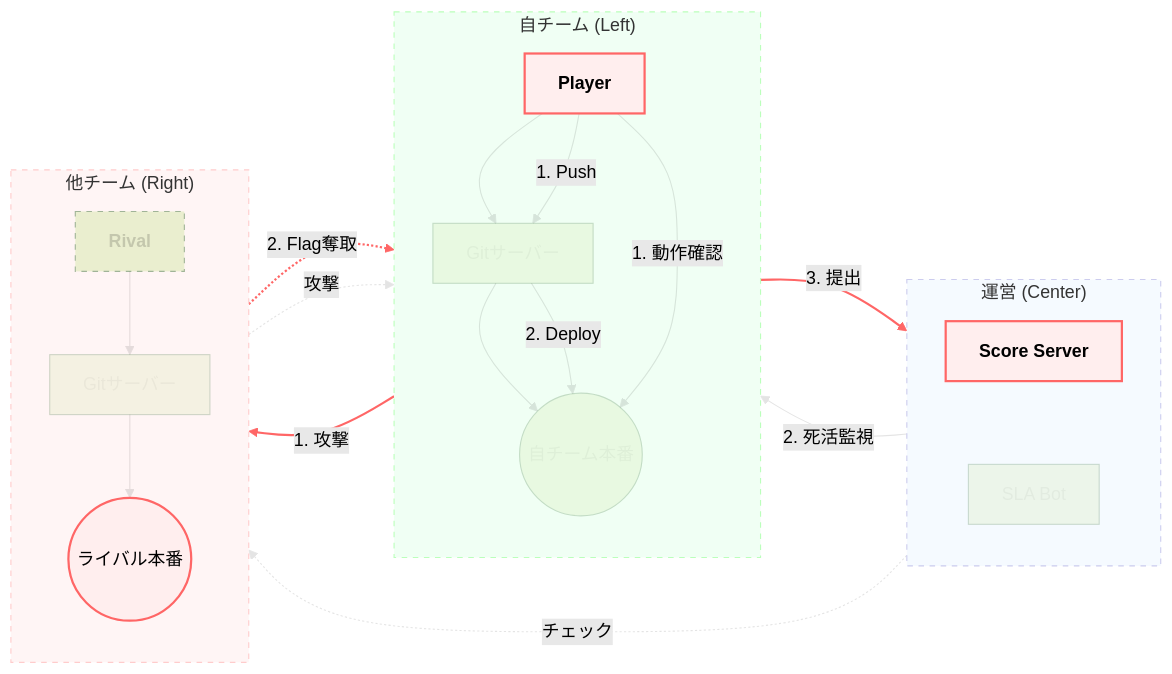
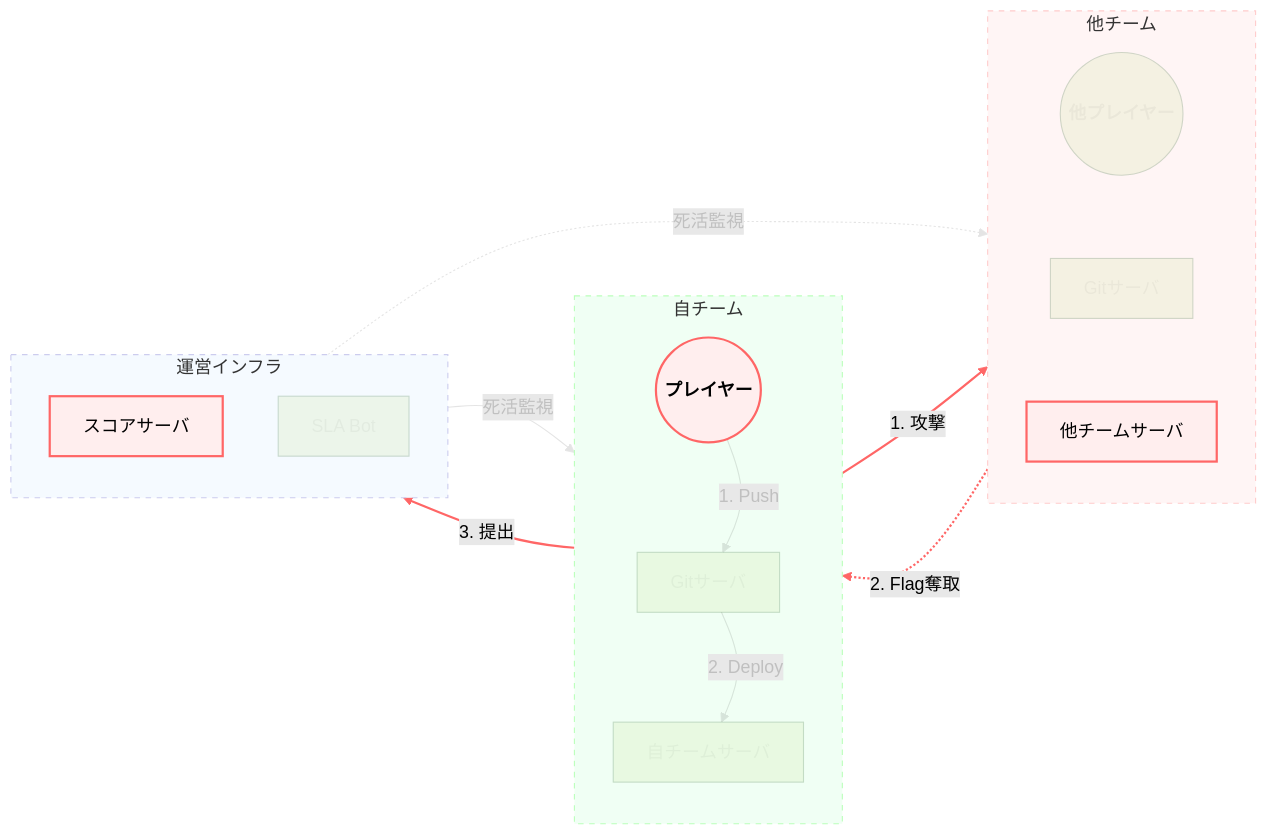
The second of 4 diagrams in slides.md (tyage/minicamp-osaka2026-ad), drawn with Mermaid (forest theme) before and after one commit. The commit also changed other lines of this file, not shown here.

````diff
--- a/slides.md
+++ b/slides.md
@@ -270,65 +286,59 @@
 ```mermaid
 graph LR
     %% Corrected Three Towers Layout
 
-    subgraph MyTeam ["自チーム (Left)"]
+    subgraph RivalTeam ["他チーム"]
         direction TB
-        Player[<b>Player</b>]
-        Git[Gitサーバー]
-        Prod((自チーム本番))
-        Player --> Git --> Prod
+        Rival((<b>他プレイヤー</b>))
+        RivalGit[Gitサーバ]
+        RivalServer[他チームサーバ]
+        Rival ~~~ RivalGit ~~~ RivalServer
     end
 
-    subgraph Ops ["運営 (Center)"]
+    subgraph MyTeam ["自チーム"]
         direction TB
-        Score[<b>Score Server</b>]
-        Bot[SLA Bot]
-        Score ~~~ Bot
+        Player((<b>プレイヤー</b>))
+        Git[Gitサーバ]
+        Server[自チームサーバ]
+        Player ~~~ Git ~~~ Server
     end
 
-    subgraph RivalTeam ["他チーム (Right)"]
+    subgraph Ops ["運営インフラ"]
         direction TB
-        Rival[<b>Rival</b>]
-        RivalGit[Gitサーバー]
-        RivalProd((ライバル本番))
-        Rival --> RivalGit --> RivalProd
+        Score[スコアサーバ]
+        Bot[SLA Bot]
     end
 
-    %% STRICT ALIGNMENT
-    Player ~~~ Score ~~~ Rival
-
     %% Attack Flows
-    Player -->|1. 攻撃| RivalProd
-    RivalProd -.->|2. Flag奪取| Player
+    Player -->|1. 攻撃| RivalServer
+    RivalServer -.->|2. Flag奪取| Player
     Player -->|3. 提出| Score
 
     %% Patch Flows
     Player -->|1. Push| Git
-    Git -->|2. Deploy| Prod
+    Git -->|2. Deploy| Server
 
     %% Verify Flows
-    Player -->|1. 動作確認| Prod
-    Bot -->|2. 死活監視| Prod
-    Bot -.->|チェック| RivalProd
+    Bot -->|死活監視| Server
+    Bot -.->|死活監視| RivalServer
 
-    %% Context
-    Rival -.->|攻撃| Prod
+    %% STRICT ALIGNMENT
+    Player ~~~ Score ~~~ Rival
 
     classDef active fill:#fee,stroke:#f66,stroke-width:2px;
     classDef inactive opacity:0.2;
     classDef context opacity:0.4,stroke-dasharray: 5 5;
     
-    class Player,RivalProd,Score active;
-    class Git,Prod,Bot,RivalGit inactive;
-    class Rival context;
+    class Player,RivalServer,Score active;
+    class Git,Bot,RivalGit,Rival,Server inactive;
     
     style MyTeam fill:#f0fff4,stroke:#bfb,stroke-dasharray: 5 5
     style Ops fill:#f5faff,stroke:#cce,stroke-dasharray: 5 5
     style RivalTeam fill:#fff5f5,stroke:#fcc,stroke-dasharray: 5 5
 
-    %% Active: Attack (7,8,9)
-    linkStyle 7,8,9 stroke:#f66,stroke-width:2px;
-    
-    %% Inactive: Internal, Alignment, Patch, Verify, Context
-    linkStyle 0,1,2,3,4,5,6,10,11,12,13,14,15 opacity:0.1;
+    %% Active: Attack
+    linkStyle 4,5,6 stroke:#f66,stroke-width:2px;
+
+    %% Inactive: Others
+    linkStyle 0,1,2,3,7,8,9,10 opacity:0.1,color:silver;
 ```
````
